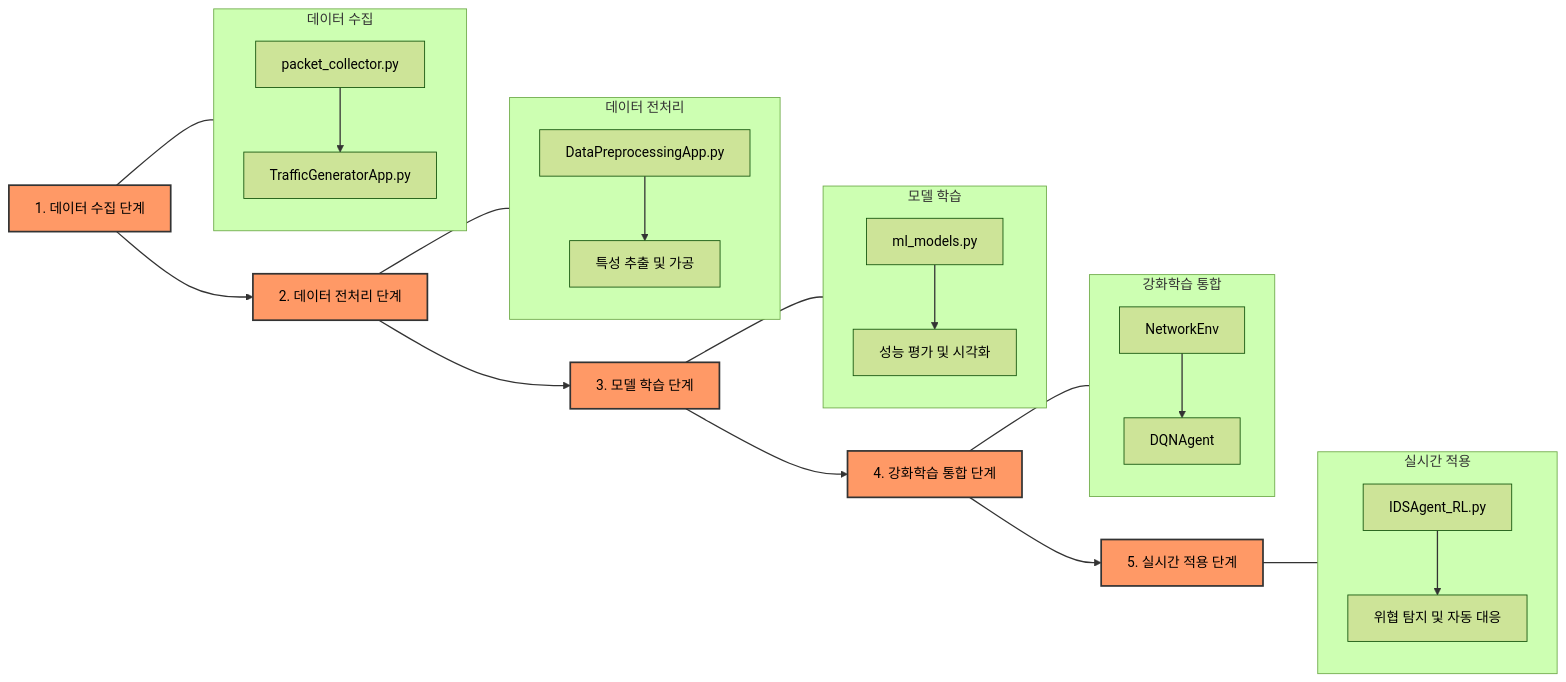
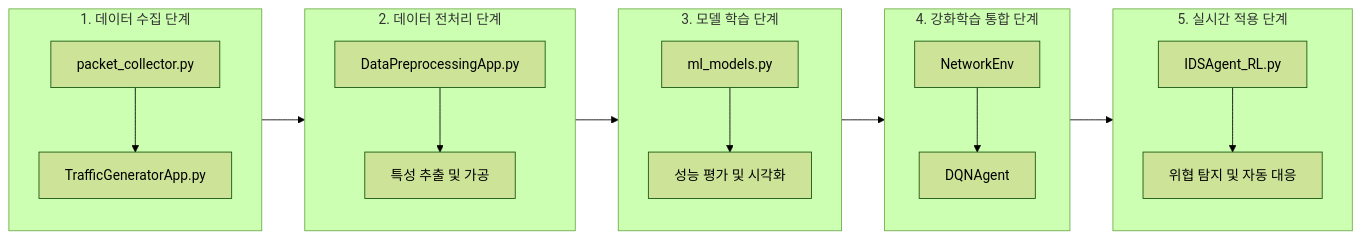
The third of 4 diagrams in README.md (Es5724/Intrusion_DetectionSystem_AIagent), drawn with Mermaid (forest theme) before and after one commit. The commit also changed other lines of this file, not shown here.

````diff
--- a/README.md
+++ b/README.md
@@ -282,61 +278,40 @@
 ```mermaid
 flowchart LR
-    %% 각 단계별 노드 정의
-    stage1[1. 데이터 수집 단계]
-    stage2[2. 데이터 전처리 단계]
-    stage3[3. 모델 학습 단계]
-    stage4[4. 강화학습 통합 단계]
-    stage5[5. 실시간 적용 단계]
-    
-    %% 단계별 흐름
-    stage1 --> stage2 --> stage3 --> stage4 --> stage5
-    
-    %% 각 단계 내부 정의
-    subgraph 데이터수집[데이터 수집]
-        direction TB
+    subgraph 데이터수집[1. 데이터 수집 단계]
         packet[packet_collector.py]
         traffic[TrafficGeneratorApp.py]
         packet --> traffic
     end
-    
-    subgraph 전처리[데이터 전처리]
-        direction TB
+
+    subgraph 전처리[2. 데이터 전처리 단계]
         preprocess[DataPreprocessingApp.py]
         feature[특성 추출 및 가공]
         preprocess --> feature
     end
-    
-    subgraph 모델학습[모델 학습]
-        direction TB
+
+    subgraph 모델학습[3. 모델 학습 단계]
         ml[ml_models.py]
         evaluation[성능 평가 및 시각화]
         ml --> evaluation
     end
-    
-    subgraph 강화학습[강화학습 통합]
-        direction TB
+
+    subgraph 강화학습[4. 강화학습 통합 단계]
         env[NetworkEnv]
         dqn[DQNAgent]
         env --> dqn
     end
-    
-    subgraph 실시간적용[실시간 적용]
-        direction TB
+
+    subgraph 실시간적용[5. 실시간 적용 단계]
         agent[IDSAgent_RL.py]
         response[위협 탐지 및 자동 대응]
         agent --> response
     end
+
+    데이터수집 --> 전처리
+    전처리 --> 모델학습
+    모델학습 --> 강화학습
+    강화학습 --> 실시간적용
     
-    %% 연결
-    stage1 --- 데이터수집
-    stage2 --- 전처리
-    stage3 --- 모델학습
-    stage4 --- 강화학습
-    stage5 --- 실시간적용
-    
-    %% 스타일 정의
-    classDef stageClass fill:#f96,stroke:#333,stroke-width:2px;
-    class stage1,stage2,stage3,stage4,stage5 stageClass
-    
-    linkStyle default stroke:#333,stroke-width:1.5px;
+    classDef default color:black;
+    classDef stageClass color:black;
 ```
````
